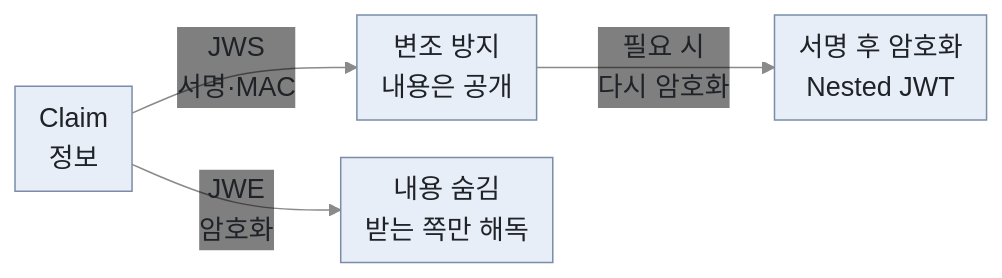
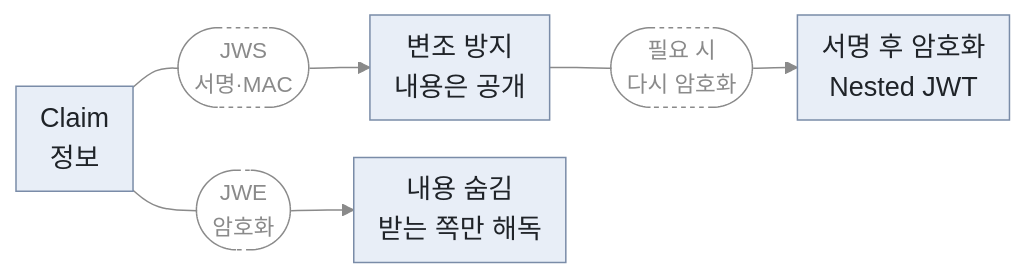
Before and after one commit to secututor/security-knowledge-base: the first of 2 diagrams in security-fundamentals/pki-identity/token-security.md, drawn with Mermaid. The commit also changed other lines of this file and 27 other files, not shown here.

Commit message:
docs: Mermaid 설명형 화살표 라벨을 보조 노드로 분리, 짧은 라벨 상자 복원

````diff
--- a/security-fundamentals/pki-identity/token-security.md
+++ b/security-fundamentals/pki-identity/token-security.md
@@ -58,7 +58,9 @@
 ```mermaid
-%%{init: {"theme": "base", "themeVariables": {"fontSize": "18px", "primaryColor": "#e8eef7", "primaryTextColor": "#1f2328", "primaryBorderColor": "#7a8ca8", "secondaryColor": "#eef1f5", "tertiaryColor": "#f5f7fa", "lineColor": "#8a8a8a", "edgeLabelBackground": "transparent", "textColor": "#8a8a8a", "transitionLabelColor": "#8a8a8a", "clusterBkg": "#f5f7fa", "clusterBorder": "#7a8ca8", "actorBkg": "#e8eef7", "actorBorder": "#7a8ca8", "actorTextColor": "#1f2328", "actorLineColor": "#8a8a8a", "signalColor": "#8a8a8a", "signalTextColor": "#8a8a8a", "noteBkgColor": "#fff8dc", "noteTextColor": "#1f2328", "noteBorderColor": "#c9b458"}, "flowchart": {"nodeSpacing": 25, "rankSpacing": 60, "padding": 8}, "sequence": {"width": 110, "height": 40, "boxMargin": 6, "noteMargin": 6, "actorMargin": 40}}}%%
+%%{init: {"theme": "base", "themeVariables": {"fontSize": "18px", "primaryColor": "#e8eef7", "primaryTextColor": "#1f2328", "primaryBorderColor": "#7a8ca8", "secondaryColor": "#eef1f5", "tertiaryColor": "#f5f7fa", "lineColor": "#8a8a8a", "edgeLabelBackground": "#eef1f5", "clusterBkg": "#f5f7fa", "clusterBorder": "#7a8ca8", "actorBkg": "#e8eef7", "actorBorder": "#7a8ca8", "actorTextColor": "#1f2328", "actorLineColor": "#8a8a8a", "signalColor": "#8a8a8a", "signalTextColor": "#8a8a8a", "noteBkgColor": "#fff8dc", "noteTextColor": "#1f2328", "noteBorderColor": "#c9b458"}, "flowchart": {"nodeSpacing": 25, "rankSpacing": 30, "padding": 8}, "sequence": {"width": 110, "height": 40, "boxMargin": 6, "noteMargin": 6, "actorMargin": 40}}}%%
 flowchart LR
-    C["Claim<br>정보"] -->|"JWS<br>서명·MAC"| S["변조 방지<br>내용은 공개"]
-    C -->|"JWE<br>암호화"| E["내용 숨김<br>받는 쪽만 해독"]
-    S -->|"필요 시<br>다시 암호화"| SE["서명 후 암호화<br>Nested JWT"]
+    C["Claim<br>정보"] --- J1(["JWS<br>서명·MAC"]) --> S["변조 방지<br>내용은 공개"]
+    C --- E1(["JWE<br>암호화"]) --> E["내용 숨김<br>받는 쪽만 해독"]
+    S --- N1(["필요 시<br>다시 암호화"]) --> SE["서명 후 암호화<br>Nested JWT"]
+    classDef aux fill:transparent,stroke:#8a8a8a,stroke-dasharray:3 3,color:#8a8a8a,font-size:15px
+    class J1,E1,N1 aux
 ```
````
